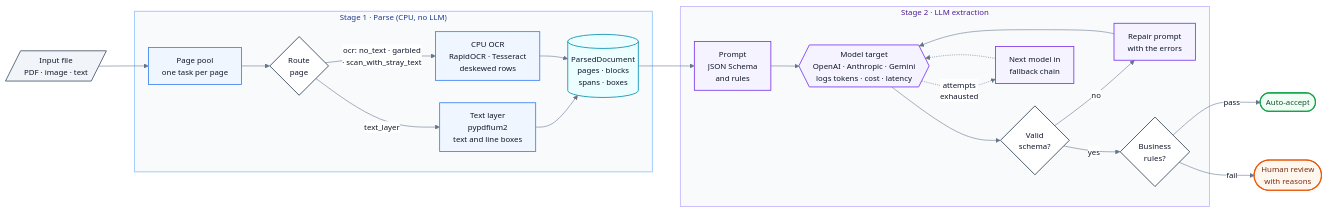
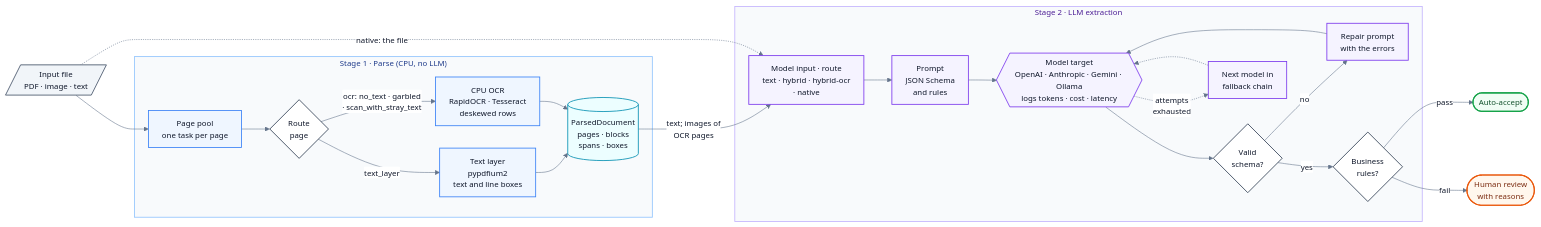
The diagram in docs/architecture.md (gcfialho/docfunnel), drawn with Mermaid before and after one commit. The commit also changed other lines of this file and 15 other files, not shown here.

````diff
--- a/docs/architecture.md
+++ b/docs/architecture.md
@@ -7,73 +7,75 @@
 ```mermaid
 ---
 config:
   theme: base
   themeVariables:
     fontSize: 14px
     primaryColor: "#ffffff"
     primaryBorderColor: "#94a3b8"
     primaryTextColor: "#0f172a"
     lineColor: "#64748b"
     clusterBkg: "#f8fafc"
     clusterBorder: "#cbd5e1"
     titleColor: "#0f172a"
     edgeLabelBackground: "#ffffff"
   flowchart:
     curve: basis
     nodeSpacing: 40
     rankSpacing: 50
     padding: 12
 ---
 flowchart LR
     IN[/"Input file<br/>PDF · image · text"/]
 
     subgraph S1["Stage 1 · Parse (CPU, no LLM)"]
         POOL["Page pool<br/>one task per page"]
         ROUTE{"Route<br/>page"}
         TEXT["Text layer<br/>pypdfium2<br/>text and line boxes"]
         OCR["CPU OCR<br/>RapidOCR · Tesseract<br/>deskewed rows"]
         DOC[("ParsedDocument<br/>pages · blocks<br/>spans · boxes")]
         POOL --> ROUTE
         ROUTE -->|text_layer| TEXT
         ROUTE -->|"ocr: no_text · garbled<br/>· scan_with_stray_text"| OCR
         TEXT --> DOC
         OCR --> DOC
     end
 
     subgraph S2["Stage 2 · LLM extraction"]
+        INPUT["Model input · route<br/>text · hybrid · hybrid-ocr<br/>· native"]
         PROMPT["Prompt<br/>JSON Schema<br/>and rules"]
-        LLM{{"Model target<br/>OpenAI · Anthropic · Gemini<br/>logs tokens · cost · latency"}}
+        LLM{{"Model target<br/>OpenAI · Anthropic · Gemini · Ollama<br/>logs tokens · cost · latency"}}
         SCHEMA{"Valid<br/>schema?"}
         REPAIR["Repair prompt<br/>with the errors"]
         NEXT["Next model in<br/>fallback chain"]
         RULES{"Business<br/>rules?"}
-        PROMPT --> LLM --> SCHEMA
+        INPUT --> PROMPT --> LLM --> SCHEMA
         SCHEMA -->|no| REPAIR
         REPAIR --> LLM
         LLM -.->|"attempts<br/>exhausted"| NEXT
         NEXT -.-> LLM
         SCHEMA -->|yes| RULES
     end
 
     IN --> POOL
-    DOC --> PROMPT
+    DOC -->|"text; images of<br/>OCR pages"| INPUT
+    IN -.->|"native: the file"| INPUT
     RULES -->|pass| ACCEPT(["Auto-accept"])
     RULES -->|fail| REVIEW(["Human review<br/>with reasons"])
 
     classDef io fill:#f1f5f9,stroke:#475569,stroke-width:1.5px,color:#0f172a
     classDef parse fill:#eff6ff,stroke:#3b82f6,stroke-width:1.5px,color:#0f172a
     classDef llm fill:#f5f3ff,stroke:#7c3aed,stroke-width:1.5px,color:#0f172a
     classDef decision fill:#ffffff,stroke:#334155,stroke-width:1.5px,color:#0f172a
     classDef data fill:#ecfeff,stroke:#0891b2,stroke-width:1.5px,color:#0f172a
     classDef ok fill:#f0fdf4,stroke:#16a34a,stroke-width:2px,color:#14532d
     classDef warn fill:#fff7ed,stroke:#ea580c,stroke-width:2px,color:#7c2d12
     style S1 fill:#f8fafc,stroke:#93c5fd,stroke-width:1.5px,color:#1e3a8a
     style S2 fill:#f8fafc,stroke:#c4b5fd,stroke-width:1.5px,color:#4c1d95
     class IN io
     class POOL,TEXT,OCR parse
-    class PROMPT,LLM,REPAIR,NEXT llm
+    class INPUT,PROMPT,LLM,REPAIR,NEXT llm
     class ROUTE,SCHEMA,RULES decision
     class DOC data
     class ACCEPT ok
     class REVIEW warn
 ```
````
